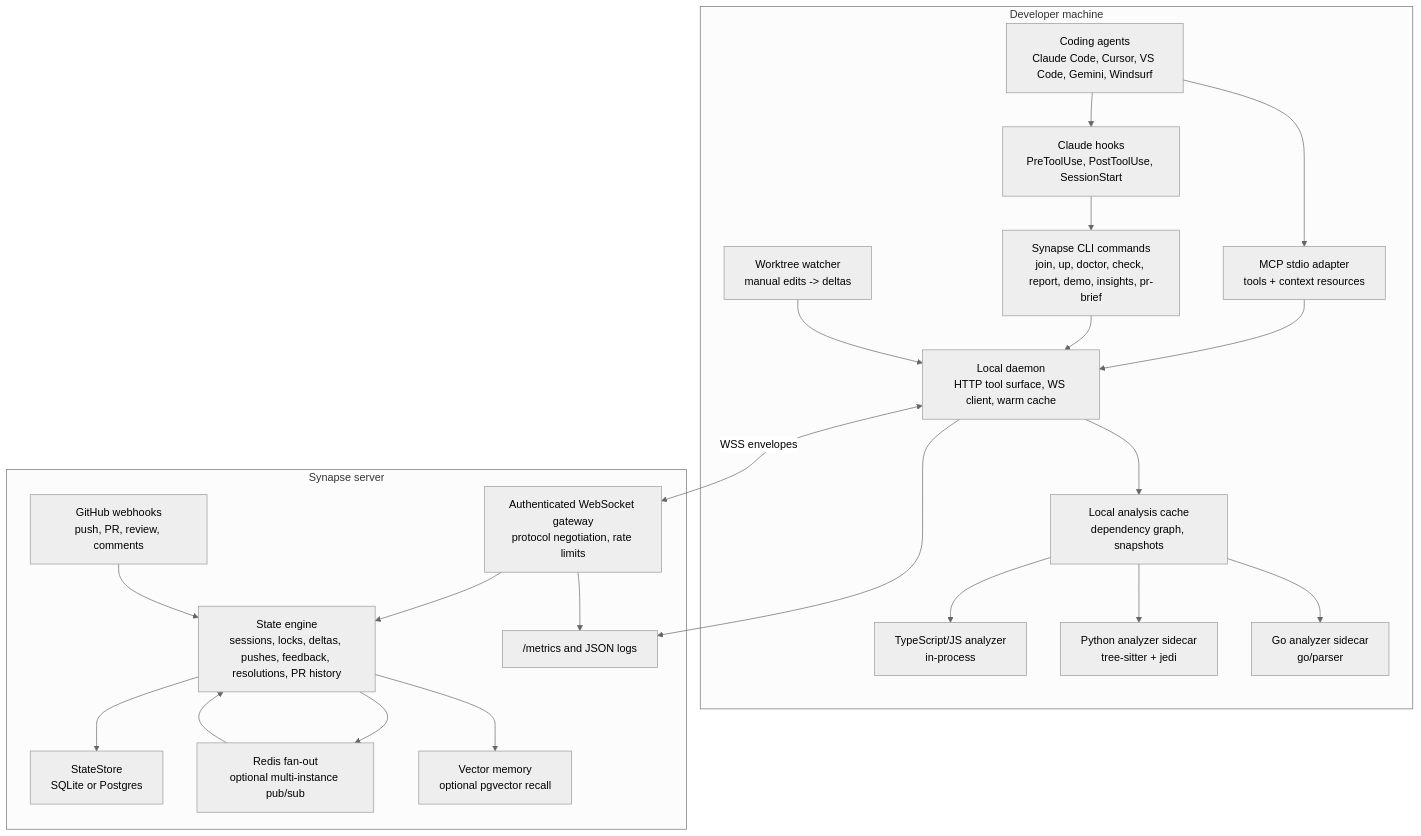
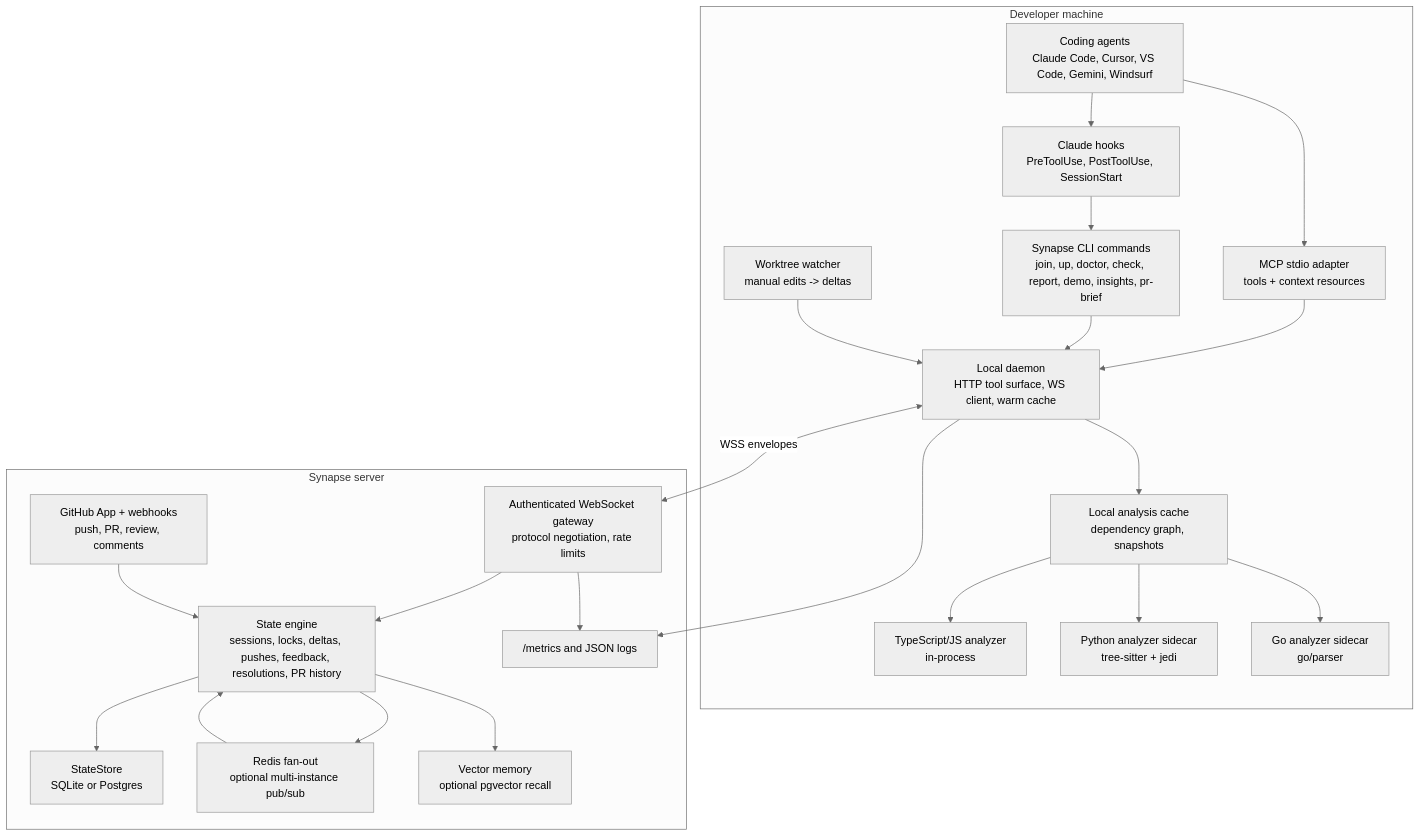
Before and after one commit to Kumario1/synapse: the first of 12 diagrams in docs/system-evolution-study-guide.md, drawn with Mermaid (neutral theme). The commit also changed other lines of this file and 11 other files, not shown here.

First line of the commit message:
feat(server): wire github app secrets (#116)

````diff
--- a/docs/system-evolution-study-guide.md
+++ b/docs/system-evolution-study-guide.md
@@ -13,45 +13,45 @@
 ```mermaid
 flowchart TB
   subgraph Dev["Developer machine"]
     Agent["Coding agents<br/>Claude Code, Cursor, VS Code, Gemini, Windsurf"]
     Hooks["Claude hooks<br/>PreToolUse, PostToolUse, SessionStart"]
     MCP["MCP stdio adapter<br/>tools + context resources"]
     CLI["Synapse CLI commands<br/>join, up, doctor, check, report, demo, insights, pr-brief"]
     Daemon["Local daemon<br/>HTTP tool surface, WS client, warm cache"]
     Watcher["Worktree watcher<br/>manual edits -> deltas"]
     Analysis["Local analysis cache<br/>dependency graph, snapshots"]
     TS["TypeScript/JS analyzer<br/>in-process"]
     Py["Python analyzer sidecar<br/>tree-sitter + jedi"]
     Go["Go analyzer sidecar<br/>go/parser"]
   end
 
   subgraph Server["Synapse server"]
     WS["Authenticated WebSocket gateway<br/>protocol negotiation, rate limits"]
     State["State engine<br/>sessions, locks, deltas, pushes, feedback, resolutions, PR history"]
     Store["StateStore<br/>SQLite or Postgres"]
     Redis["Redis fan-out<br/>optional multi-instance pub/sub"]
-    Github["GitHub webhooks<br/>push, PR, review, comments"]
+    Github["GitHub App + webhooks<br/>push, PR, review, comments"]
     Memory["Vector memory<br/>optional pgvector recall"]
     Metrics["/metrics and JSON logs"]
   end
 
   Agent --> Hooks
   Agent --> MCP
   Hooks --> CLI
   MCP --> Daemon
   CLI --> Daemon
   Watcher --> Daemon
   Daemon --> Analysis
   Analysis --> TS
   Analysis --> Py
   Analysis --> Go
   Daemon <-->|WSS envelopes| WS
   WS --> State
   Github --> State
   State --> Store
   State --> Redis
   Redis --> State
   State --> Memory
   WS --> Metrics
   Daemon --> Metrics
 ```
````
